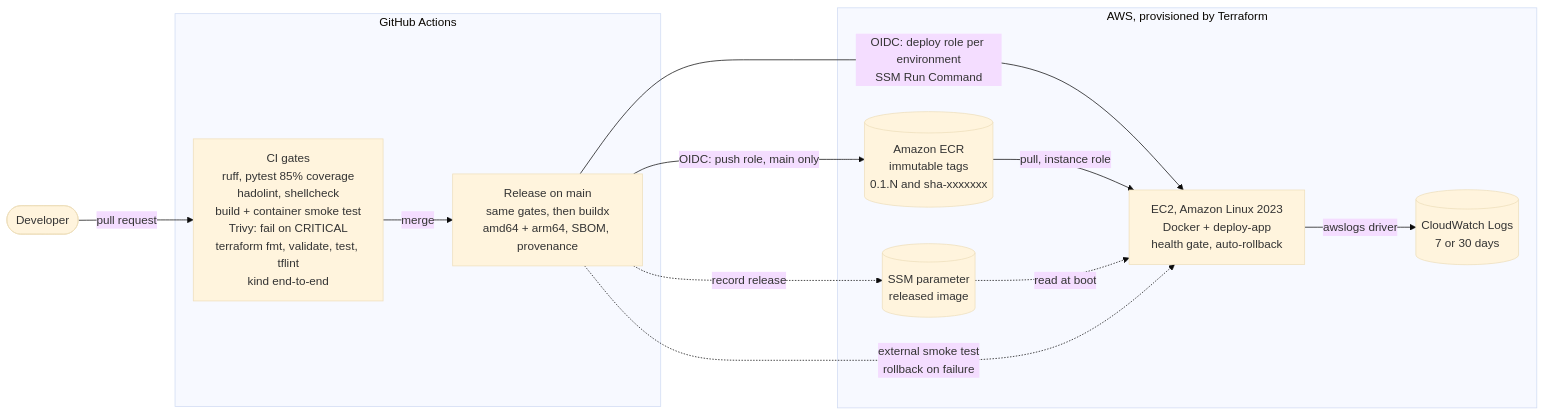
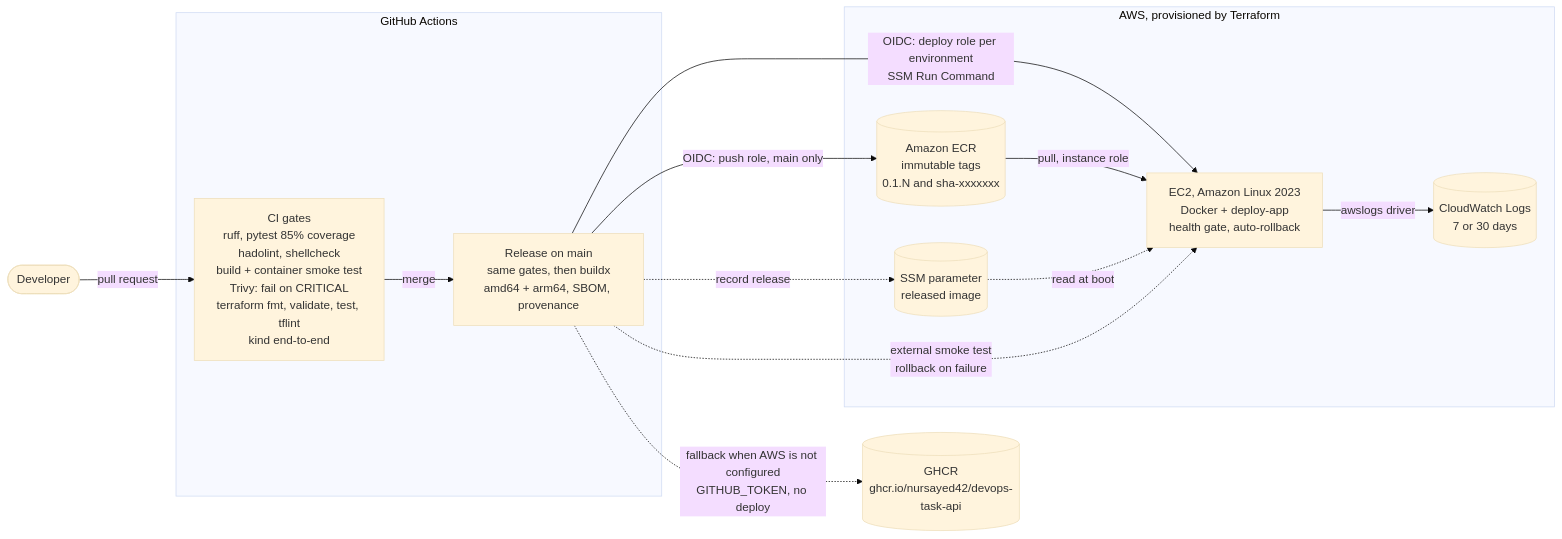
The first of 3 diagrams in README.md (NurSayed42/devops-task), drawn with Mermaid (base theme) before and after one commit. The commit also changed other lines of this file, not shown here.

Commit message:
docs: document the GHCR fallback in the README CI/CD sections

````diff
--- a/README.md
+++ b/README.md
@@ -152,19 +159,20 @@
 ```mermaid
 flowchart LR
   dev([Developer]) -->|pull request| ci
   subgraph gha["GitHub Actions"]
     ci["CI gates<br/>ruff, pytest 85% coverage<br/>hadolint, shellcheck<br/>build + container smoke test<br/>Trivy: fail on CRITICAL<br/>terraform fmt, validate, test, tflint<br/>kind end-to-end"]
     rel["Release on main<br/>same gates, then buildx<br/>amd64 + arm64, SBOM, provenance"]
     ci -->|merge| rel
   end
   rel -->|"OIDC: push role, main only"| ecr[("Amazon ECR<br/>immutable tags<br/>0.1.N and sha-xxxxxxx")]
+  rel -.->|"fallback when AWS is not configured<br/>GITHUB_TOKEN, no deploy"| ghcr[("GHCR<br/>ghcr.io/nursayed42/devops-task-api")]
   rel -->|"OIDC: deploy role per environment<br/>SSM Run Command"| host
   subgraph aws["AWS, provisioned by Terraform"]
     host["EC2, Amazon Linux 2023<br/>Docker + deploy-app<br/>health gate, auto-rollback"]
     ecr -->|"pull, instance role"| host
     host -->|awslogs driver| cw[("CloudWatch Logs<br/>7 or 30 days")]
     param[("SSM parameter<br/>released image")] -.->|"read at boot"| host
   end
   rel -.->|"external smoke test<br/>rollback on failure"| host
   rel -.->|"record release"| param
 ```
````
